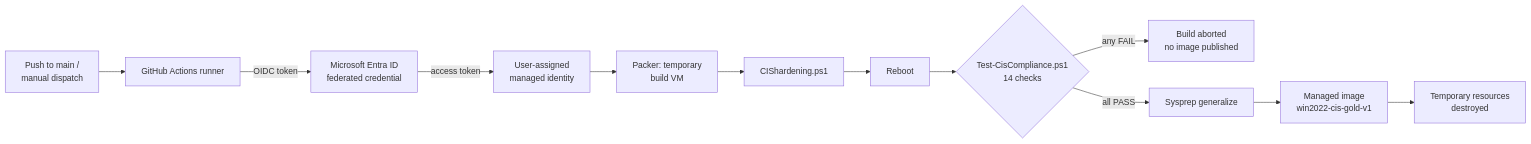
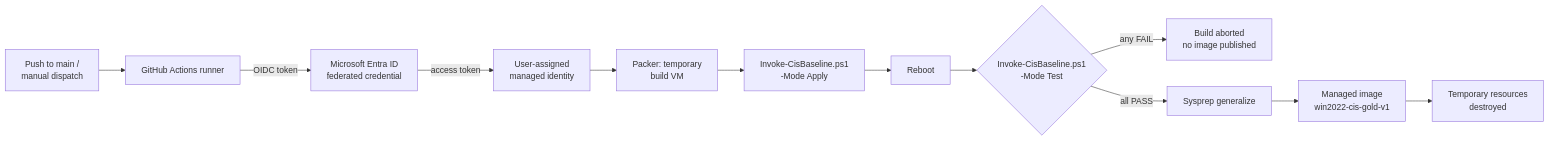
The diagram in README.md (Obscy02/Azure-Packer-CIS-Image), drawn with Mermaid before and after one commit. The commit also changed other lines of this file and 2 other files, not shown here.

````diff
--- a/README.md
+++ b/README.md
@@ -17,14 +17,14 @@
 ```mermaid
 flowchart LR
     A[Push to main /<br/>manual dispatch] --> B[GitHub Actions runner]
     B -- OIDC token --> C[Microsoft Entra ID<br/>federated credential]
     C -- access token --> D[User-assigned<br/>managed identity]
     D --> E[Packer: temporary<br/>build VM]
-    E --> F[CIShardening.ps1]
+    E --> F[Invoke-CisBaseline.ps1<br/>-Mode Apply]
     F --> G[Reboot]
-    G --> H{Test-CisCompliance.ps1<br/>14 checks}
+    G --> H{Invoke-CisBaseline.ps1<br/>-Mode Test}
     H -- any FAIL --> X[Build aborted<br/>no image published]
     H -- all PASS --> I[Sysprep generalize]
     I --> J[Managed image<br/>win2022-cis-gold-v1]
     J --> K[Temporary resources<br/>destroyed]
 ```
````
